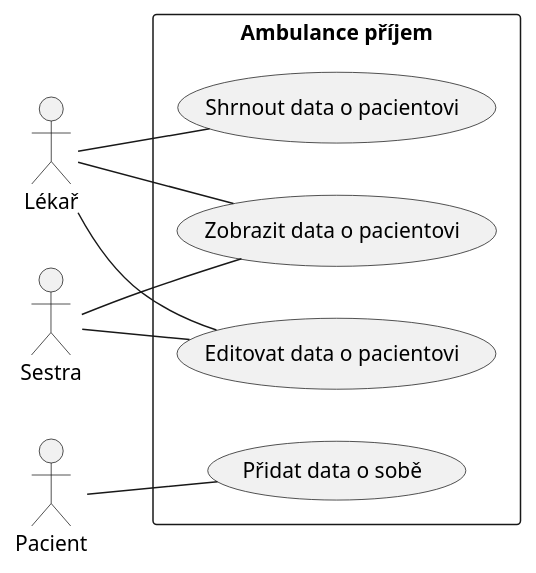
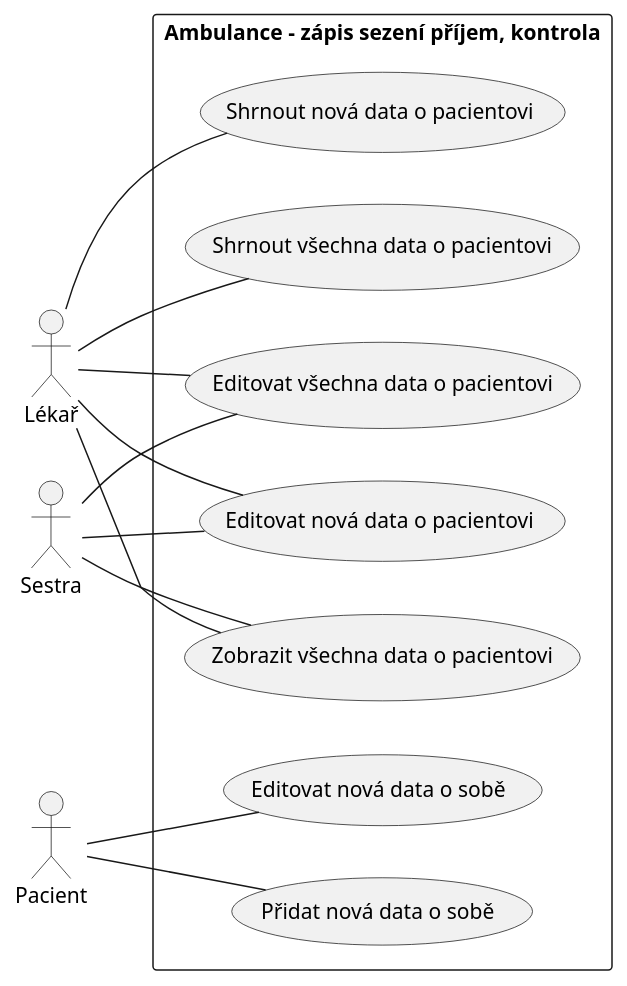
Before and after one commit to stahlgit/fit_iis_project: the diagram in docs/uc.puml, drawn with PlantUML. The commit also changed 1 other file, not shown here.

```diff
--- a/docs/uc.puml
+++ b/docs/uc.puml
@@ -1,16 +1,20 @@
 @startuml
 left to right direction
 
 actor Lékař
 actor Sestra
 actor Pacient
 
-rectangle "Ambulance příjem" {
-	Lékař -- (Shrnout data o pacientovi)
-	Lékař -- (Zobrazit data o pacientovi)
-	Lékař -- (Editovat data o pacientovi)
-	Sestra -- (Zobrazit data o pacientovi)
-	Sestra -- (Editovat data o pacientovi)
-	Pacient -- (Přidat data o sobě)
+rectangle "Ambulance - zápis sezení příjem, kontrola" {
+	Lékař -- (Zobrazit všechna data o pacientovi)
+	Lékař -- (Editovat všechna data o pacientovi)
+	Lékař -- (Shrnout všechna data o pacientovi)
+	Lékař -- (Editovat nová data o pacientovi)
+	Lékař -- (Shrnout nová data o pacientovi)
+	Sestra -- (Zobrazit všechna data o pacientovi)
+	Sestra -- (Editovat všechna data o pacientovi)
+	Sestra -- (Editovat nová data o pacientovi)
+	Pacient -- (Přidat nová data o sobě)
+	Pacient -- (Editovat nová data o sobě)
 }
 @enduml
```
